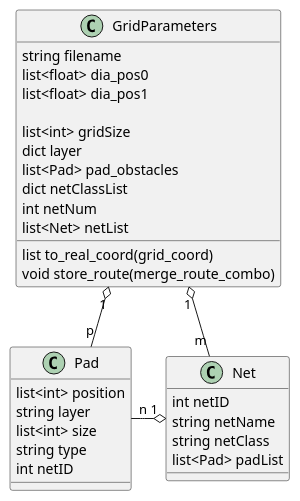
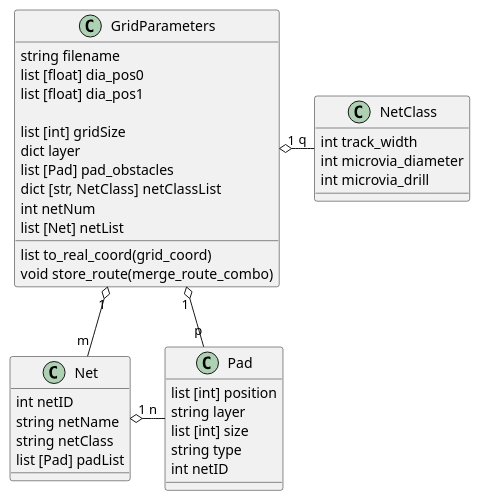
The diagram in GridParameters.puml (HareetX/AStarRouting), drawn with PlantUML before and after one commit. The commit also changed 9 other files, not shown here.

```diff
--- a/GridParameters.puml
+++ b/GridParameters.puml
@@ -1,38 +1,45 @@
 @startuml
 
 class GridParameters {
     string filename
-    list<float> dia_pos0
-    list<float> dia_pos1
+    list [float] dia_pos0
+    list [float] dia_pos1
 
-    list<int> gridSize
+    list [int] gridSize
     dict layer
-    list<Pad> pad_obstacles
-    dict netClassList
+    list [Pad] pad_obstacles
+    dict [str, NetClass] netClassList
     int netNum
-    list<Net> netList
+    list [Net] netList
 
     list to_real_coord(grid_coord)
     void store_route(merge_route_combo)
 }
 
 class Net {
     int netID
     string netName
     string netClass
-    list<Pad> padList
+    list [Pad] padList
 }
 
 class Pad {
-    list<int> position
+    list [int] position
     string layer
-    list<int> size
+    list [int] size
     string type
     int netID
 }
 
-Net "1" o-left- "n" Pad
+class NetClass {
+    int track_width
+    int microvia_diameter
+    int microvia_drill
+}
+
+Net "1" o-right- "n" Pad
 GridParameters "1" o-down- "m" Net
-GridParameters "1" o-down- "p" Pad
+GridParameters "1" o-right- "p" Pad
+GridParameters "1" o-right- "q" NetClass
 
 @enduml
```
